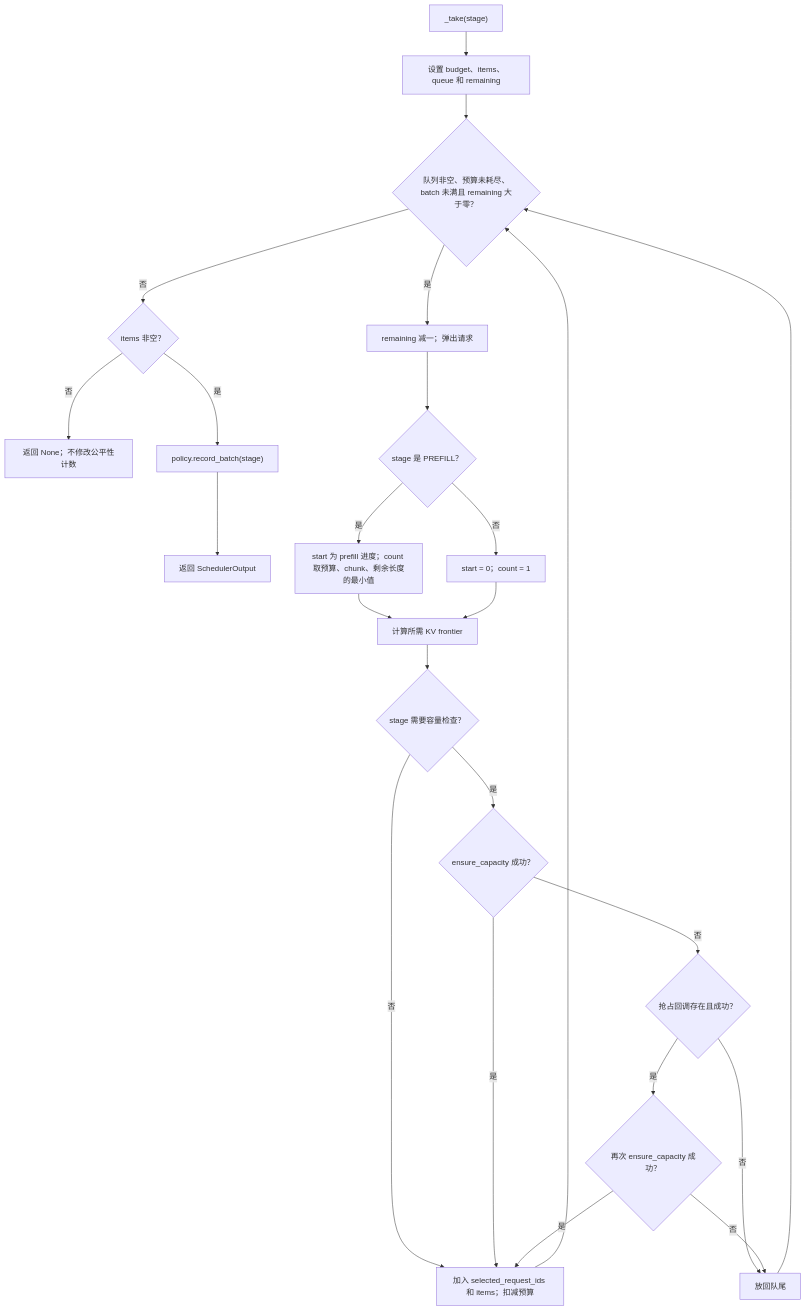
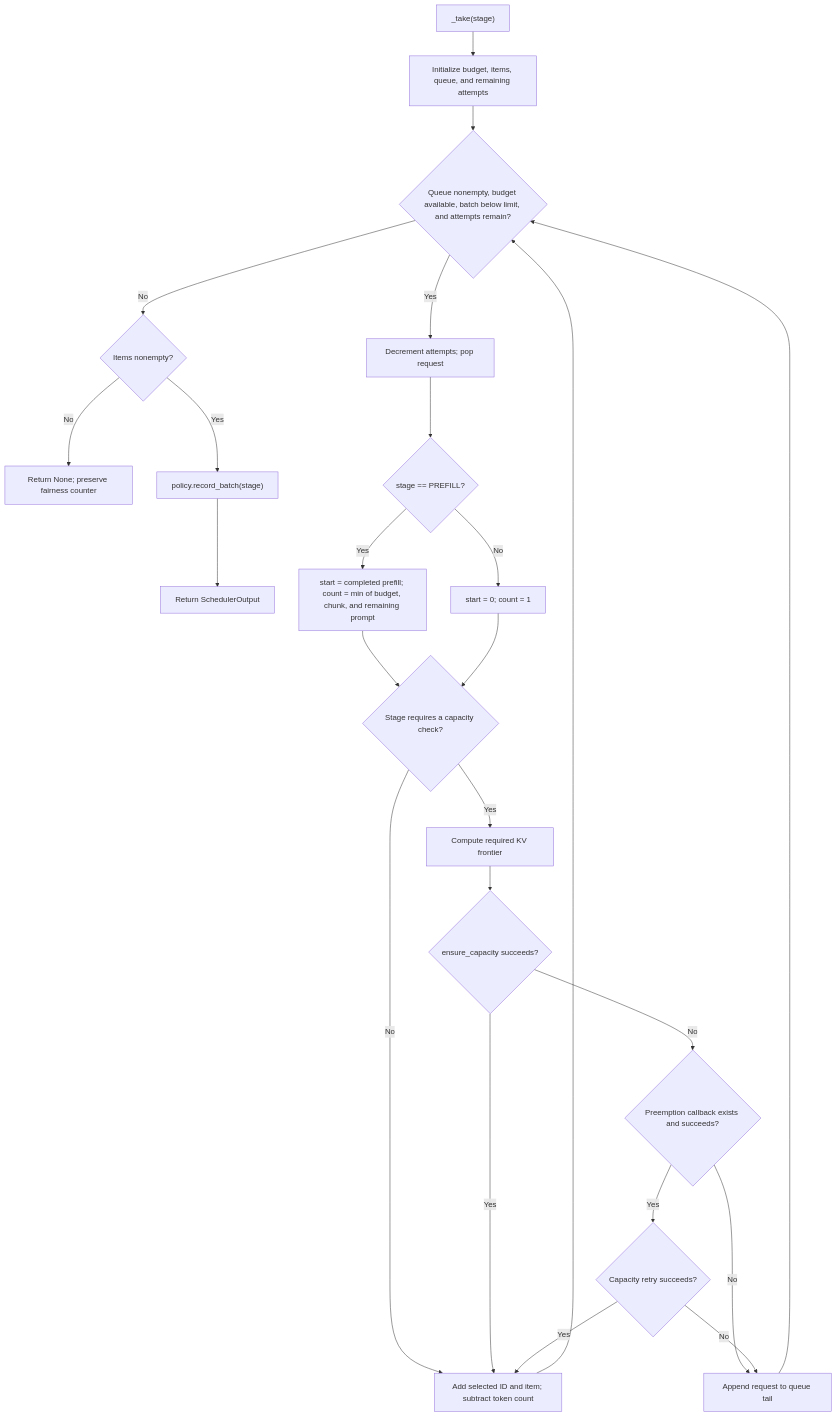
The fifth of 5 diagrams in docs/scheduler_walkthrough.md (0z5a/vllm-rlt), drawn with Mermaid before and after one commit. The commit also changed other lines of this file and 2 other files, not shown here.

Commit message:
docs: rewrite scheduler and KV walkthroughs in technical English

````diff
--- a/docs/scheduler_walkthrough.md
+++ b/docs/scheduler_walkthrough.md
@@ -302,26 +304,26 @@
 ```mermaid
 flowchart TD
-    A["_take(stage)"] --> C["设置 budget、items、queue 和 remaining"]
-    C --> D{"队列非空、预算未耗尽、batch 未满且 remaining 大于零？"}
-    D -- 否 --> E{"items 非空？"}
-    E -- 否 --> NIL["返回 None；不修改公平性计数"]
-    E -- 是 --> REC["policy.record_batch(stage)"]
-    REC --> OUT["返回 SchedulerOutput"]
-    D -- 是 --> F["remaining 减一；弹出请求"]
-    F --> G{"stage 是 PREFILL？"}
-    G -- 是 --> H["start 为 prefill 进度；count 取预算、chunk、剩余长度的最小值"]
-    G -- 否 --> I["start = 0；count = 1"]
-    H --> J["计算所需 KV frontier"]
-    I --> J
-    J --> K{"stage 需要容量检查？"}
-    K -- 否 --> S["加入 selected_request_ids 和 items；扣减预算"]
-    K -- 是 --> L{"ensure_capacity 成功？"}
-    L -- 是 --> S
-    L -- 否 --> M{"抢占回调存在且成功？"}
-    M -- 否 --> Q["放回队尾"]
-    M -- 是 --> N{"再次 ensure_capacity 成功？"}
-    N -- 否 --> Q
-    N -- 是 --> S
+    A["_take(stage)"] --> C["Initialize budget, items, queue, and remaining attempts"]
+    C --> D{"Queue nonempty, budget available, batch below limit, and attempts remain?"}
+    D -- No --> E{"Items nonempty?"}
+    E -- No --> NIL["Return None; preserve fairness counter"]
+    E -- Yes --> REC["policy.record_batch(stage)"]
+    REC --> OUT["Return SchedulerOutput"]
+    D -- Yes --> F["Decrement attempts; pop request"]
+    F --> G{"stage == PREFILL?"}
+    G -- Yes --> H["start = completed prefill; count = min of budget, chunk, and remaining prompt"]
+    G -- No --> I["start = 0; count = 1"]
+    H --> K{"Stage requires a capacity check?"}
+    I --> K
+    K -- No --> S["Add selected ID and item; subtract token count"]
+    K -- Yes --> J["Compute required KV frontier"]
+    J --> L{"ensure_capacity succeeds?"}
+    L -- Yes --> S
+    L -- No --> M{"Preemption callback exists and succeeds?"}
+    M -- No --> Q["Append request to queue tail"]
+    M -- Yes --> N{"Capacity retry succeeds?"}
+    N -- No --> Q
+    N -- Yes --> S
     Q --> D
     S --> D
 ```
````
